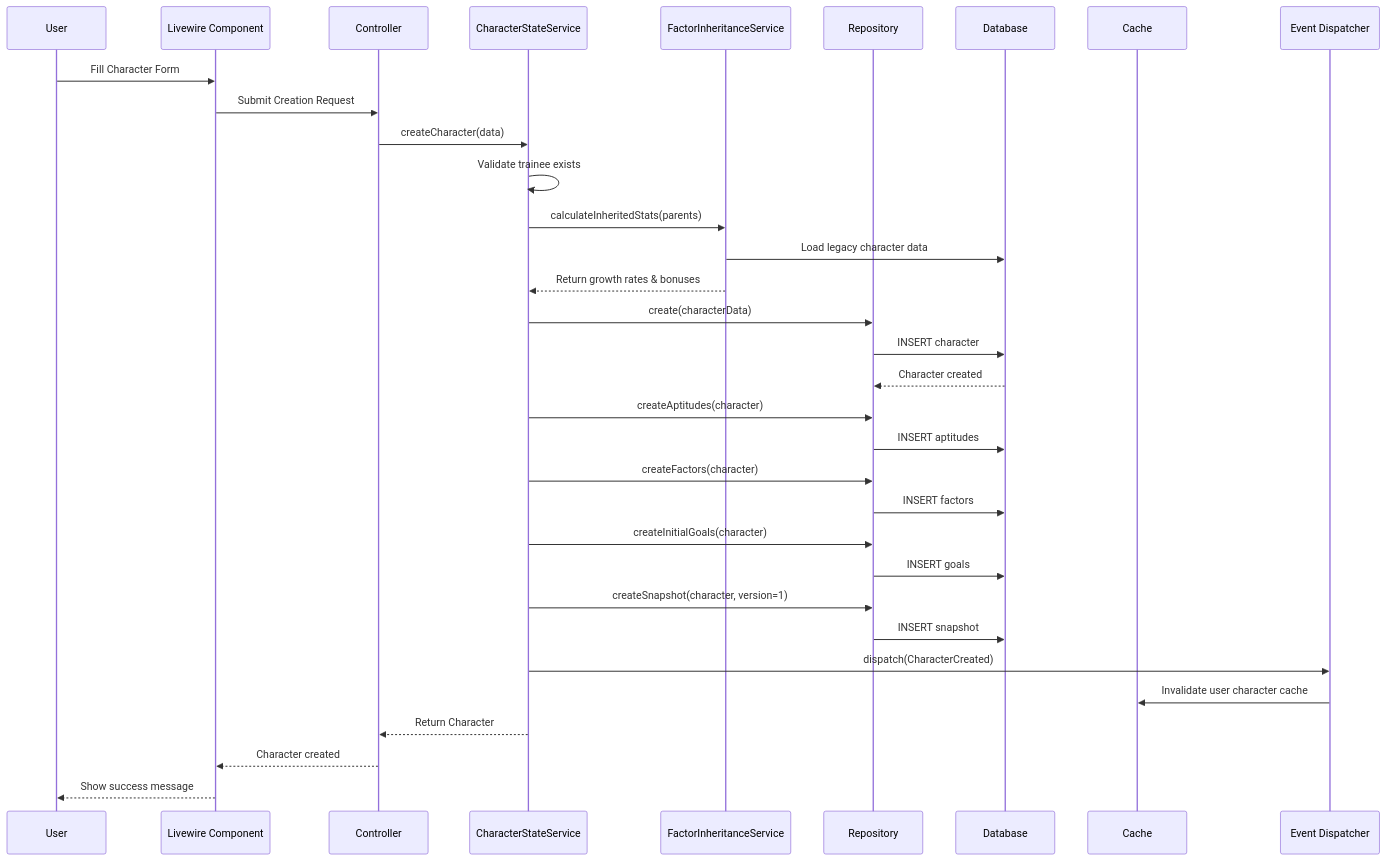
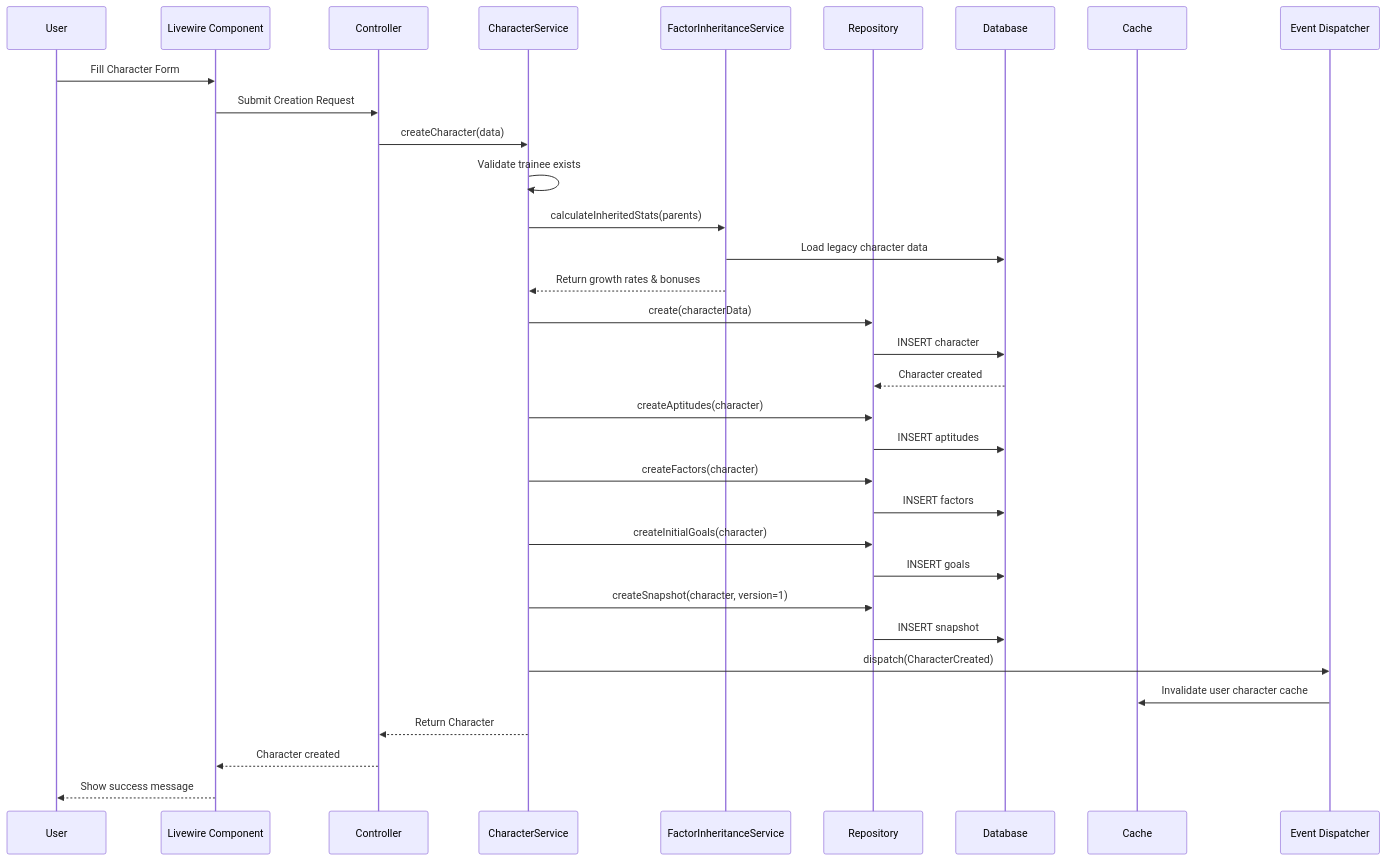
One commit to exatfrds67/umamusume-career-planner changed the second of 7 diagrams in docs/01-tech-flow/TECH-FLOW-001_Character_Management_Flow.md. Above: the diagram before and after it, drawn with Mermaid. The commit also changed other lines of this file and 58 other files, not shown here.

Commit message:
docs(flow): fix markdownlint errors in diagrams, flows, sequences, tech-flow, user-flows, and wireframes

````diff
--- a/docs/01-tech-flow/TECH-FLOW-001_Character_Management_Flow.md
+++ b/docs/01-tech-flow/TECH-FLOW-001_Character_Management_Flow.md
@@ -124,44 +124,44 @@
 ```mermaid
 sequenceDiagram
     participant User
     participant UI as Livewire Component
     participant Controller
-    participant Service as CharacterStateService
+    participant Service as CharacterService
     participant FactorService as FactorInheritanceService
     participant Repository
     participant DB as Database
     participant Cache
     participant Event as Event Dispatcher
 
     User->>UI: Fill Character Form
     UI->>Controller: Submit Creation Request
     Controller->>Service: createCharacter(data)
     
     Service->>Service: Validate trainee exists
     Service->>FactorService: calculateInheritedStats(parents)
     FactorService->>DB: Load legacy character data
     FactorService-->>Service: Return growth rates & bonuses
     
     Service->>Repository: create(characterData)
     Repository->>DB: INSERT character
     DB-->>Repository: Character created
     
     Service->>Repository: createAptitudes(character)
     Repository->>DB: INSERT aptitudes
     
     Service->>Repository: createFactors(character)
     Repository->>DB: INSERT factors
     
     Service->>Repository: createInitialGoals(character)
     Repository->>DB: INSERT goals
     
     Service->>Repository: createSnapshot(character, version=1)
     Repository->>DB: INSERT snapshot
     
     Service->>Event: dispatch(CharacterCreated)
     Event->>Cache: Invalidate user character cache
     
     Service-->>Controller: Return Character
     Controller-->>UI: Character created
     UI-->>User: Show success message
 ```
````
